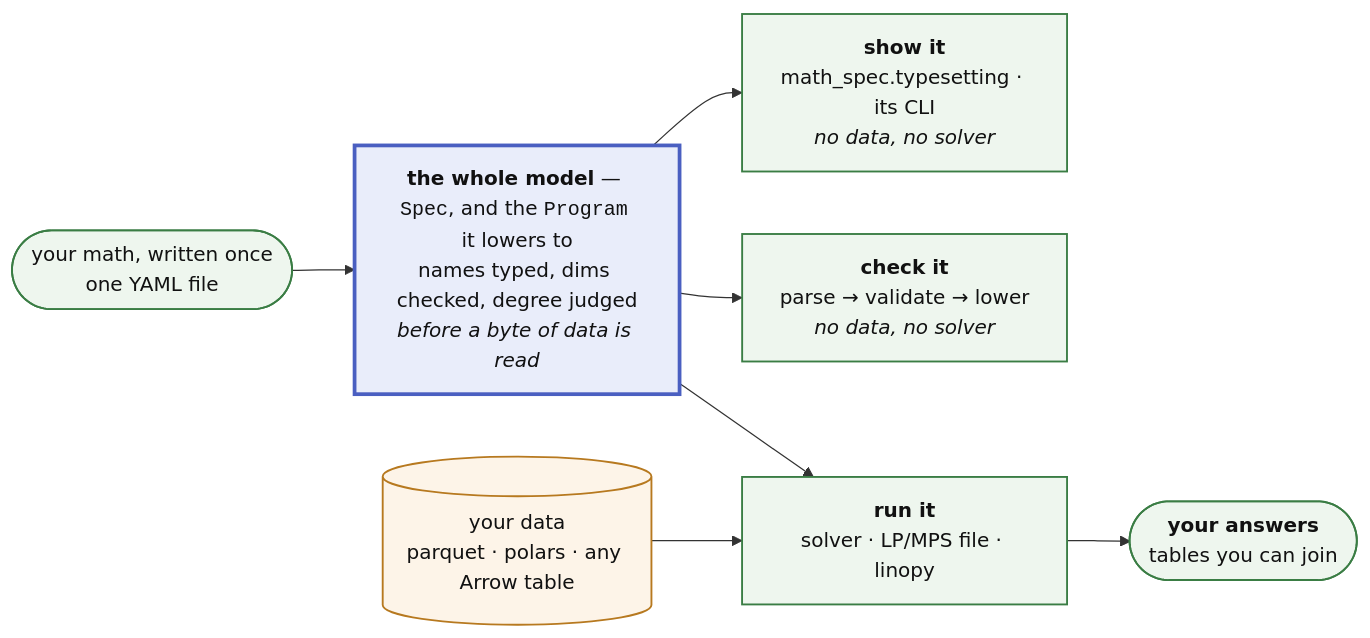
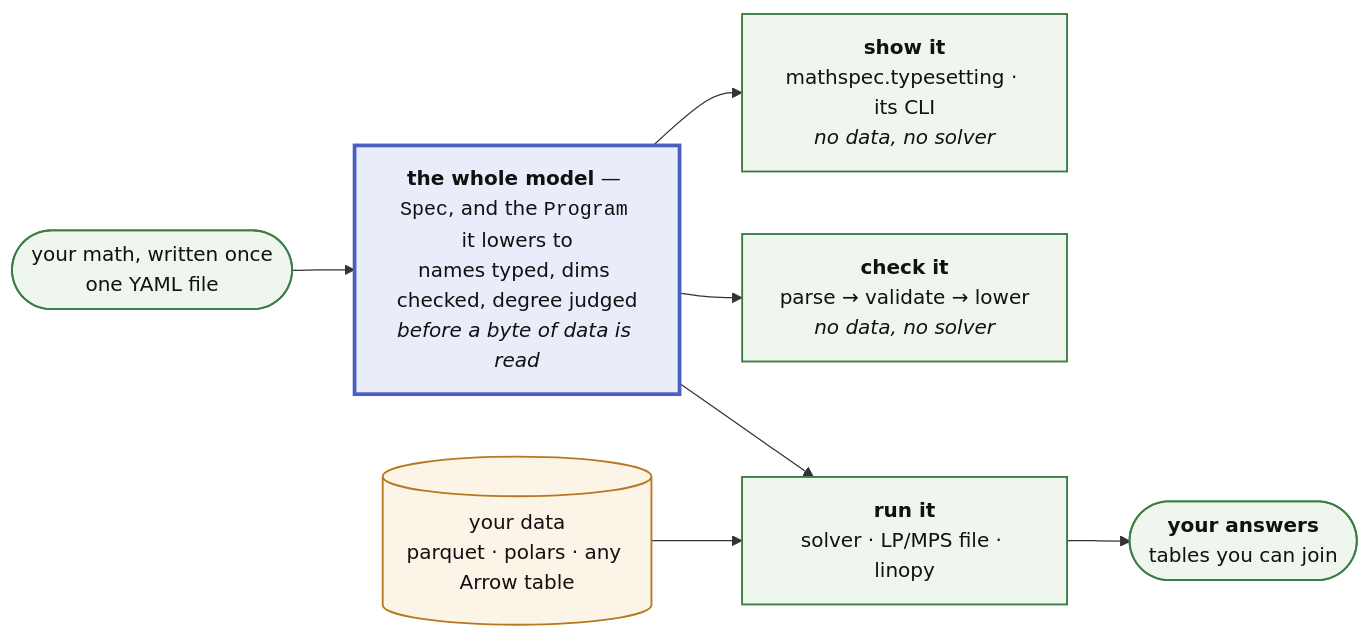
One commit to fluxopt/lpspec changed the second of 2 diagrams in docs/about/architecture.md. Above: the diagram before and after it, drawn with Mermaid. The commit also changed other lines of this file and 132 other files, not shown here.

````diff
--- a/docs/about/architecture.md
+++ b/docs/about/architecture.md
@@ -155,16 +155,16 @@
 ```mermaid
 flowchart LR
     Y(["your math, written once<br/>one YAML file"]) --> AST
     AST["<b>the whole model</b> — <code>Spec</code>, and the <code>Program</code> it lowers to<br/>names typed, dims checked, degree judged<br/><i>before a byte of data is read</i>"]
-    AST --> SHOW["<b>show it</b><br/>math_spec.typesetting · its CLI<br/><i>no data, no solver</i>"]
+    AST --> SHOW["<b>show it</b><br/>mathspec.typesetting · its CLI<br/><i>no data, no solver</i>"]
     AST --> CHECK["<b>check it</b><br/>parse → validate → lower<br/><i>no data, no solver</i>"]
     AST --> RUN["<b>run it</b><br/>solver · LP/MPS file · linopy"]
     DATA[("your data<br/>parquet · polars · any Arrow table")] --> RUN
     RUN --> ANS(["<b>your answers</b><br/>tables you can join"])
     classDef built fill:#eef6ee,stroke:#3a7d44,stroke-width:1.5px,color:#111
     classDef waist fill:#e9edfa,stroke:#4a5fc1,stroke-width:3px,color:#111
     classDef data fill:#fdf4e8,stroke:#b7791f,stroke-width:1.5px,color:#111
     class Y,SHOW,CHECK,RUN,ANS built
     class AST waist
     class DATA data
 ```
````
